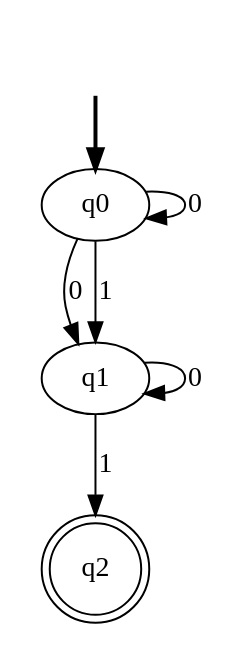
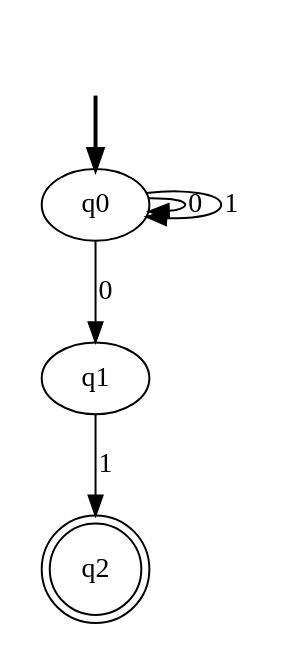
The diagram in nfa.dot (ypandya614929/COMP-5361-Assignment-3), drawn with Graphviz before and after one commit. The commit also changed 8 other files, not shown here.

```diff
--- a/nfa.dot
+++ b/nfa.dot
@@ -1,12 +1,11 @@
 digraph {
 	fake0 [style=invisible]
-	q0 [root=true]
 	q1
 	q2 [shape=doublecircle]
+	q0 [root=true]
 	fake0 -> q0 [style=bold]
+	q0 -> q1 [label=0]
 	q0 -> q0 [label=0]
-	q0 -> q1 [label=0]
-	q0 -> q1 [label=1]
-	q1 -> q1 [label=0]
+	q0 -> q0 [label=1]
 	q1 -> q2 [label=1]
 }
```
